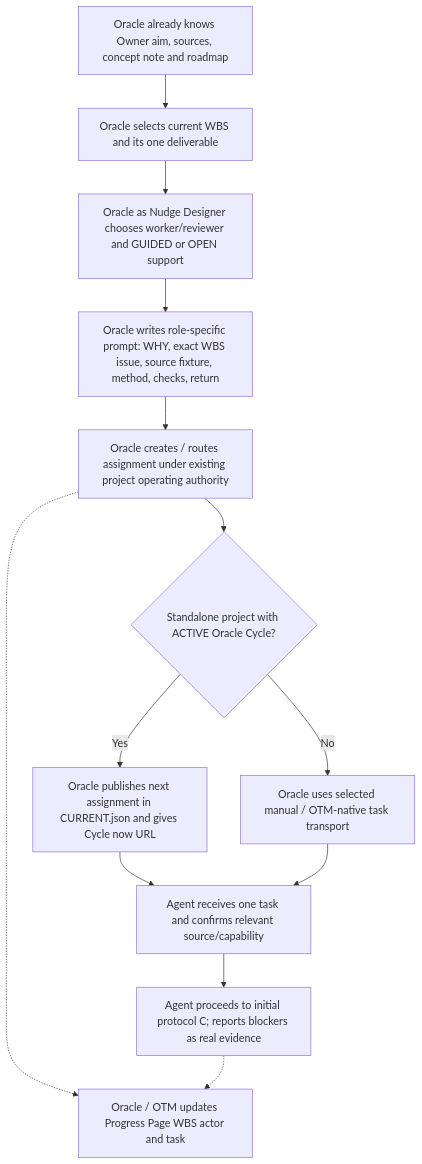
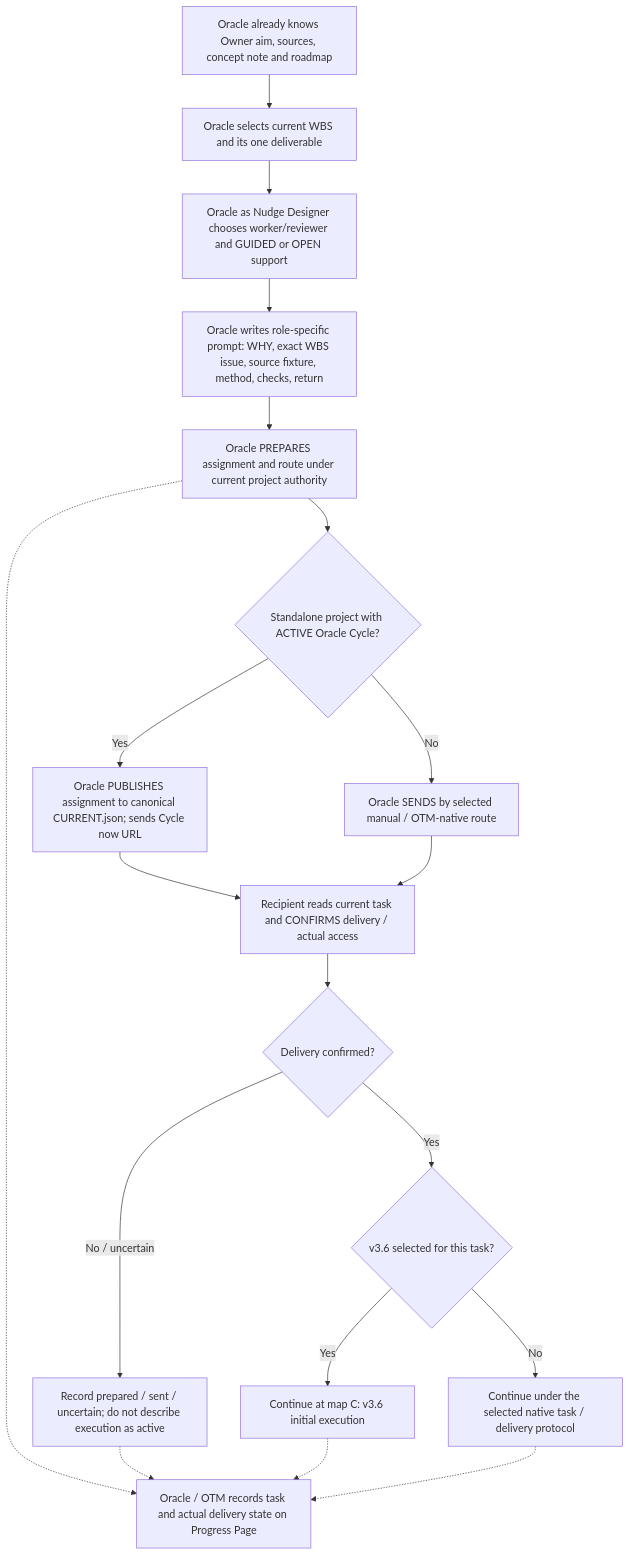
One commit to reallakshman19/Common changed the second of 5 diagrams in skills/agent-work/ENTRY_PROCESS_MAPS.md. Above: the diagram before and after it, drawn with Mermaid. The commit also changed other lines of this file, not shown here.

Commit message:
docs(agent-work): four focused map fixes for native route, blocked proof, delivery confirmation and actual Home display

````diff
--- a/skills/agent-work/ENTRY_PROCESS_MAPS.md
+++ b/skills/agent-work/ENTRY_PROCESS_MAPS.md
@@ -39,15 +40,21 @@
 ```mermaid
 flowchart TD
   B0["Oracle already knows Owner aim, sources, concept note and roadmap"] --> B1["Oracle selects current WBS and its one deliverable"]
   B1 --> B2["Oracle as Nudge Designer chooses worker/reviewer and GUIDED or OPEN support"]
   B2 --> B3["Oracle writes role-specific prompt: WHY, exact WBS issue, source fixture, method, checks, return"]
-  B3 --> B4["Oracle creates / routes assignment under existing project operating authority"]
+  B3 --> B4["Oracle PREPARES assignment and route under current project authority"]
   B4 --> B5{"Standalone project with ACTIVE Oracle Cycle?"}
-  B5 -->|Yes| B6["Oracle publishes next assignment in CURRENT.json and gives Cycle now URL"]
-  B5 -->|No| B7["Oracle uses selected manual / OTM-native task transport"]
-  B6 --> B8["Agent receives one task and confirms relevant source/capability"]
+  B5 -->|Yes| B6["Oracle PUBLISHES assignment to canonical CURRENT.json; sends Cycle now URL"]
+  B5 -->|No| B7["Oracle SENDS by selected manual / OTM-native route"]
+  B6 --> B8["Recipient reads current task and CONFIRMS delivery / actual access"]
   B7 --> B8
-  B8 --> B9["Agent proceeds to initial protocol C; reports blockers as real evidence"]
-  B4 -.-> BP["Oracle / OTM updates Progress Page WBS actor and task"]
-  B9 -.-> BP
+  B8 --> B9{"Delivery confirmed?"}
+  B9 -->|No / uncertain| BX["Record prepared / sent / uncertain; do not describe execution as active"]
+  B9 -->|Yes| B10{"v3.6 selected for this task?"}
+  B10 -->|Yes| B11["Continue at map C: v3.6 initial execution"]
+  B10 -->|No| B12["Continue under the selected native task / delivery protocol"]
+  B4 -.-> BP["Oracle / OTM records task and actual delivery state on Progress Page"]
+  BX -.-> BP
+  B11 -.-> BP
+  B12 -.-> BP
 ```
````
